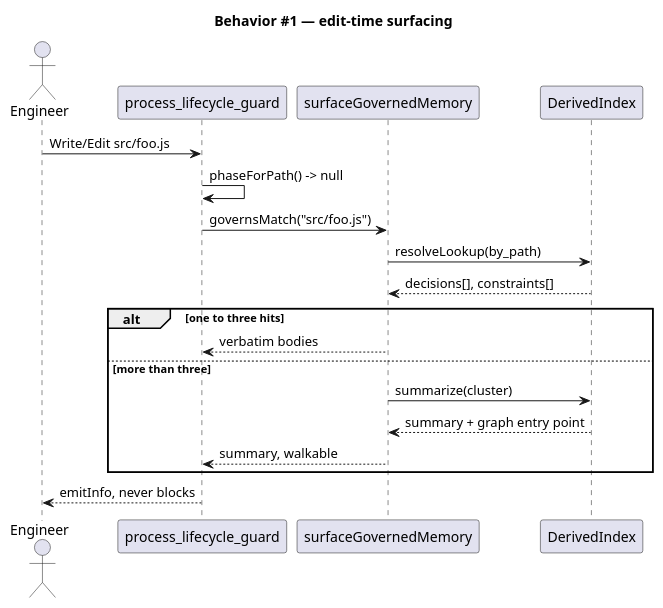
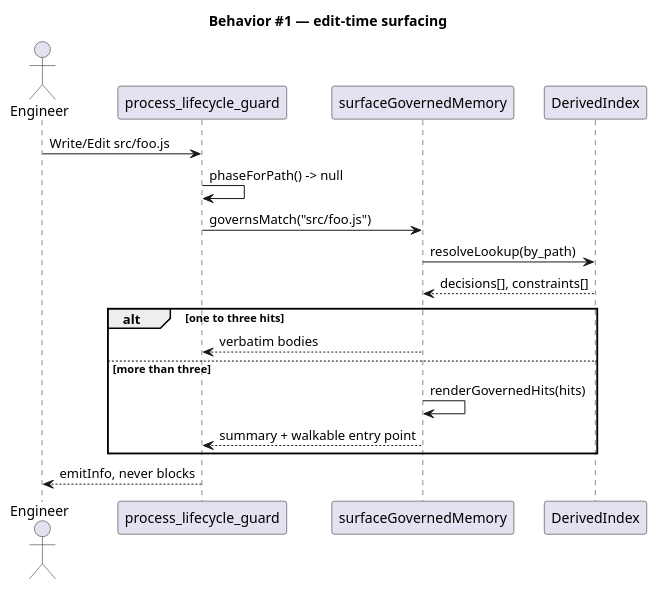
One commit to friedbotstudio/baseline changed the fifth of 8 diagrams in docs/specs/living-system-model.md. Above: the diagram before and after it, drawn with PlantUML. The commit also changed other lines of this file and 38 other files, not shown here.

````diff
--- a/docs/specs/living-system-model.md
+++ b/docs/specs/living-system-model.md
@@ -177,23 +175,22 @@
 ```plantuml
 @startuml
 title Behavior #1 — edit-time surfacing
 actor Engineer
 participant Guard as "process_lifecycle_guard"
 participant Governed as "surfaceGovernedMemory"
 participant Index as "DerivedIndex"
 
 Engineer -> Guard : Write/Edit src/foo.js
 Guard -> Guard : phaseForPath() -> null
 Guard -> Governed : governsMatch("src/foo.js")
 Governed -> Index : resolveLookup(by_path)
 Index --> Governed : decisions[], constraints[]
 alt one to three hits
   Governed --> Guard : verbatim bodies
 else more than three
-  Governed -> Index : summarize(cluster)
-  Index --> Governed : summary + graph entry point
-  Governed --> Guard : summary, walkable
+  Governed -> Governed : renderGovernedHits(hits)
+  Governed --> Guard : summary + walkable entry point
 end
 Guard --> Engineer : emitInfo, never blocks
 @enduml
 ```
````
